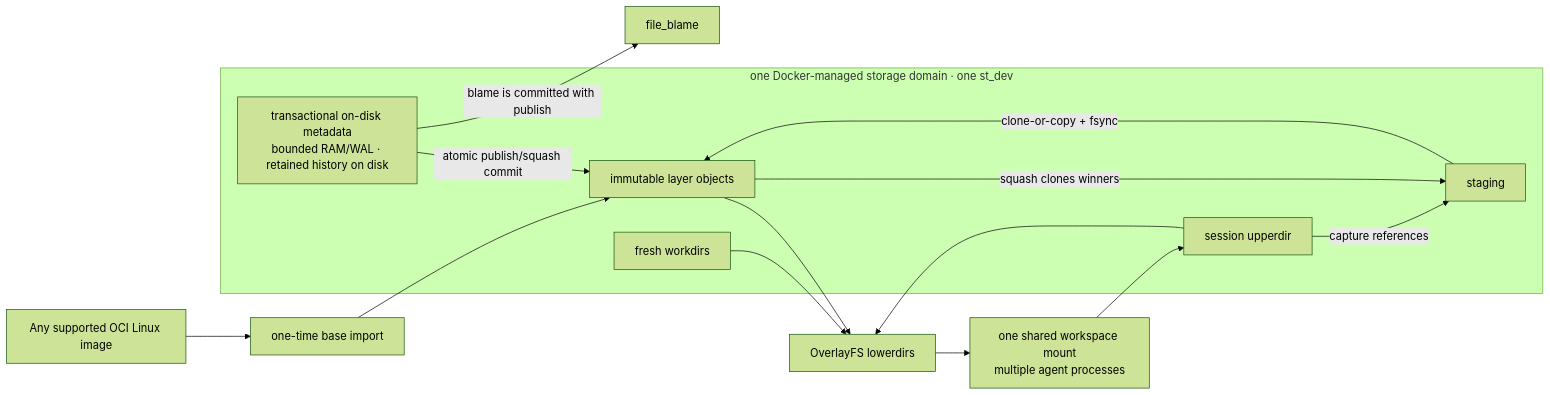
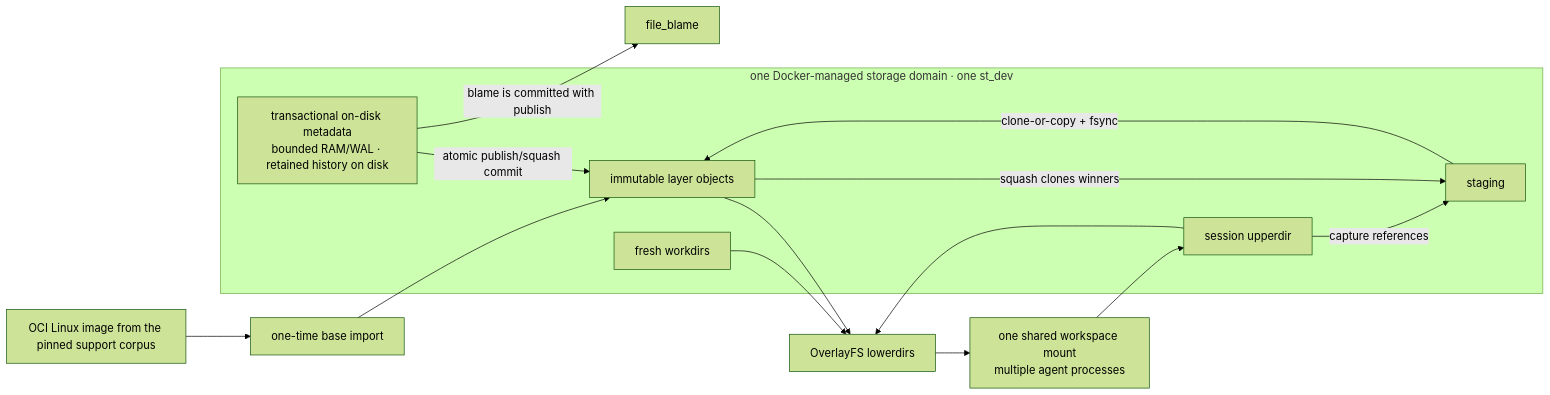
The diagram in implementation-plan/layerstack_2.0/README.md (Ephemeral-AI-Lab/ephemeral-sandbox-docs), drawn with Mermaid (forest theme) before and after one commit. The commit also changed other lines of this file and 3 other files, not shown here.

````diff
--- a/implementation-plan/layerstack_2.0/README.md
+++ b/implementation-plan/layerstack_2.0/README.md
@@ -31,24 +31,24 @@
 ```mermaid
 flowchart LR
-    IMG["Any supported OCI Linux image"] --> IMP["one-time base import"]
+    IMG["OCI Linux image from the pinned support corpus"] --> IMP["one-time base import"]
     IMP --> OBJ["immutable layer objects"]
 
     subgraph V["one Docker-managed storage domain · one st_dev"]
         DB["transactional on-disk metadata\nbounded RAM/WAL · retained history on disk"]
         OBJ
         U["session upperdir"]
         W["fresh workdirs"]
         ST["staging"]
     end
 
     OBJ --> OV["OverlayFS lowerdirs"]
     U --> OV
     W --> OV
     OV --> WS["one shared workspace mount\nmultiple agent processes"]
     WS --> U
     U -->|"capture references"| ST
     ST -->|"clone-or-copy + fsync"| OBJ
     OBJ -->|"squash clones winners"| ST
     DB -->|"atomic publish/squash commit"| OBJ
     DB -->|"blame is committed with publish"| BL["file_blame"]
 ```
````
